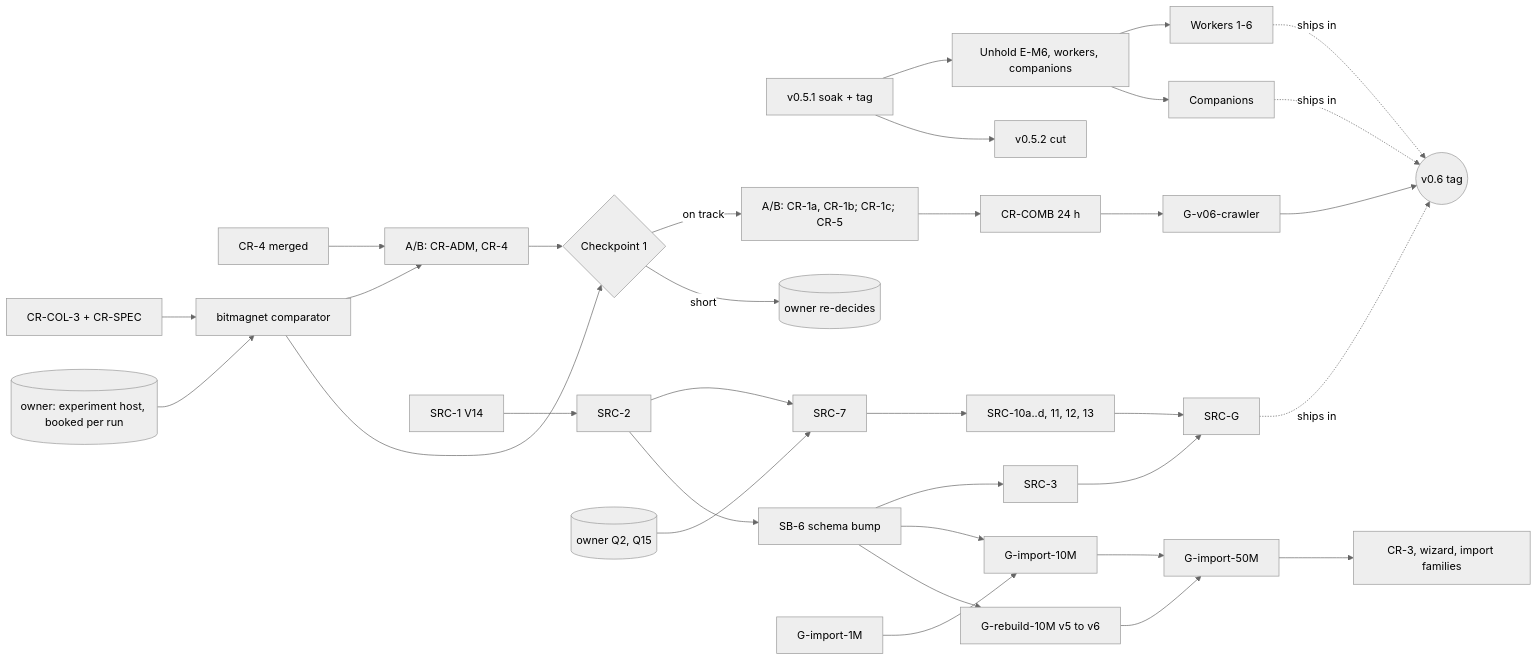
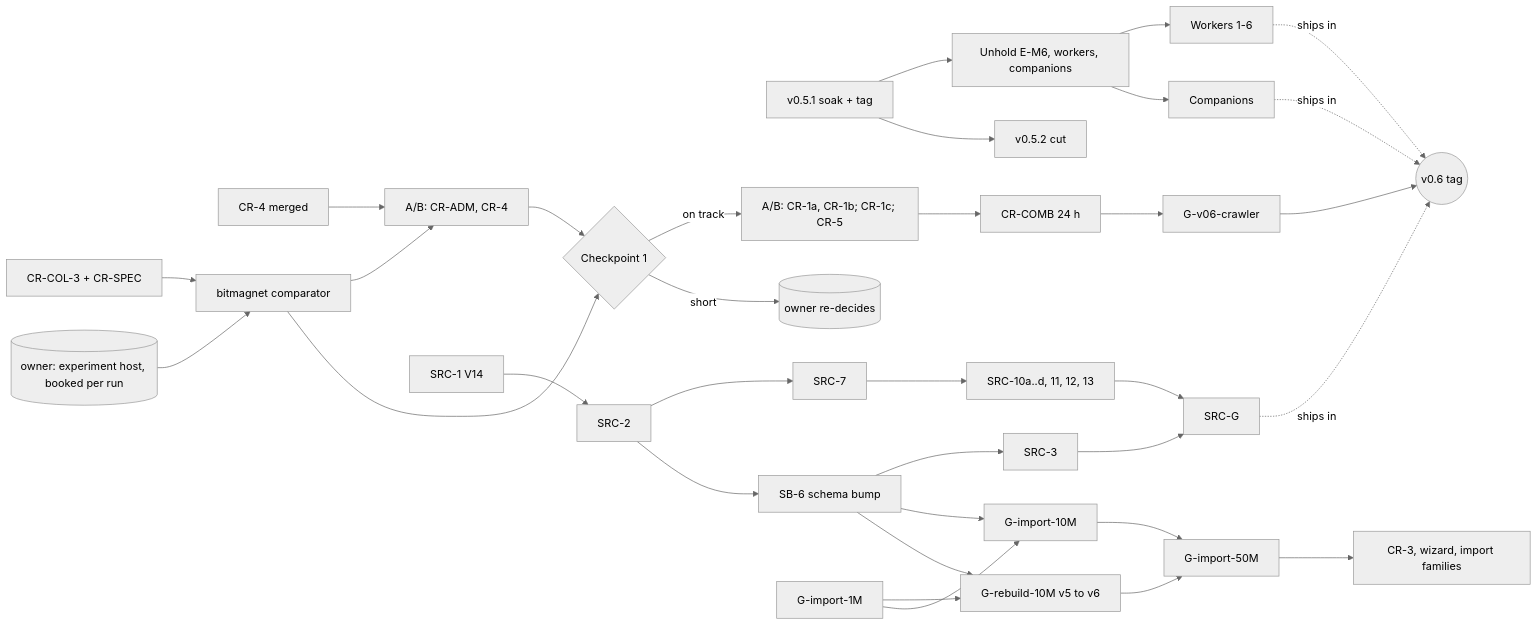
Before and after one commit to dvortsis/lodestar-v2: the diagram in docs/build-plan.md, drawn with Mermaid (neutral theme). The commit also changed other lines of this file and 5 other files, not shown here.

````diff
--- a/docs/build-plan.md
+++ b/docs/build-plan.md
@@ -239,25 +239,25 @@
 ```mermaid
 flowchart LR
   R[v0.5.1 soak + tag] --> EP[Unhold E-M6, workers, companions]
   R --> V52[v0.5.2 cut]
   CR4[CR-4 merged] --> AB[A/B: CR-ADM, CR-4]
   TOOL[CR-COL-3 + CR-SPEC] --> COMP
   HOST[(owner: experiment host, booked per run)] --> COMP[bitmagnet comparator]
   COMP --> AB
   COMP --> CP1{Checkpoint 1}
   AB --> CP1
   CP1 -->|on track| AB2[A/B: CR-1a, CR-1b; CR-1c; CR-5] --> COMB[CR-COMB 24 h] --> G6C[G-v06-crawler]
   CP1 -->|short| OWN[(owner re-decides)]
   SRC1[SRC-1 V14] --> SRC2[SRC-2] --> SRC7[SRC-7]
-  Q[(owner Q2, Q15)] --> SRC7
   SRC7 --> SRC10[SRC-10a..d, 11, 12, 13] --> SRCG[SRC-G]
   SRC2 --> SB6[SB-6 schema bump] --> SRC3[SRC-3] --> SRCG
   SB6 --> I10[G-import-10M]
   SB6 --> RB10[G-rebuild-10M v5 to v6]
+  I1 --> RB10
   RB10 --> I50
   I1[G-import-1M] --> I10 --> I50[G-import-50M] --> CR3[CR-3, wizard, import families]
   EP --> W[Workers 1-6] -.ships in.-> V06
   G6C --> V06((v0.6 tag))
   SRCG -.ships in.-> V06
   EP --> K[Companions] -.ships in.-> V06
 ```
````
